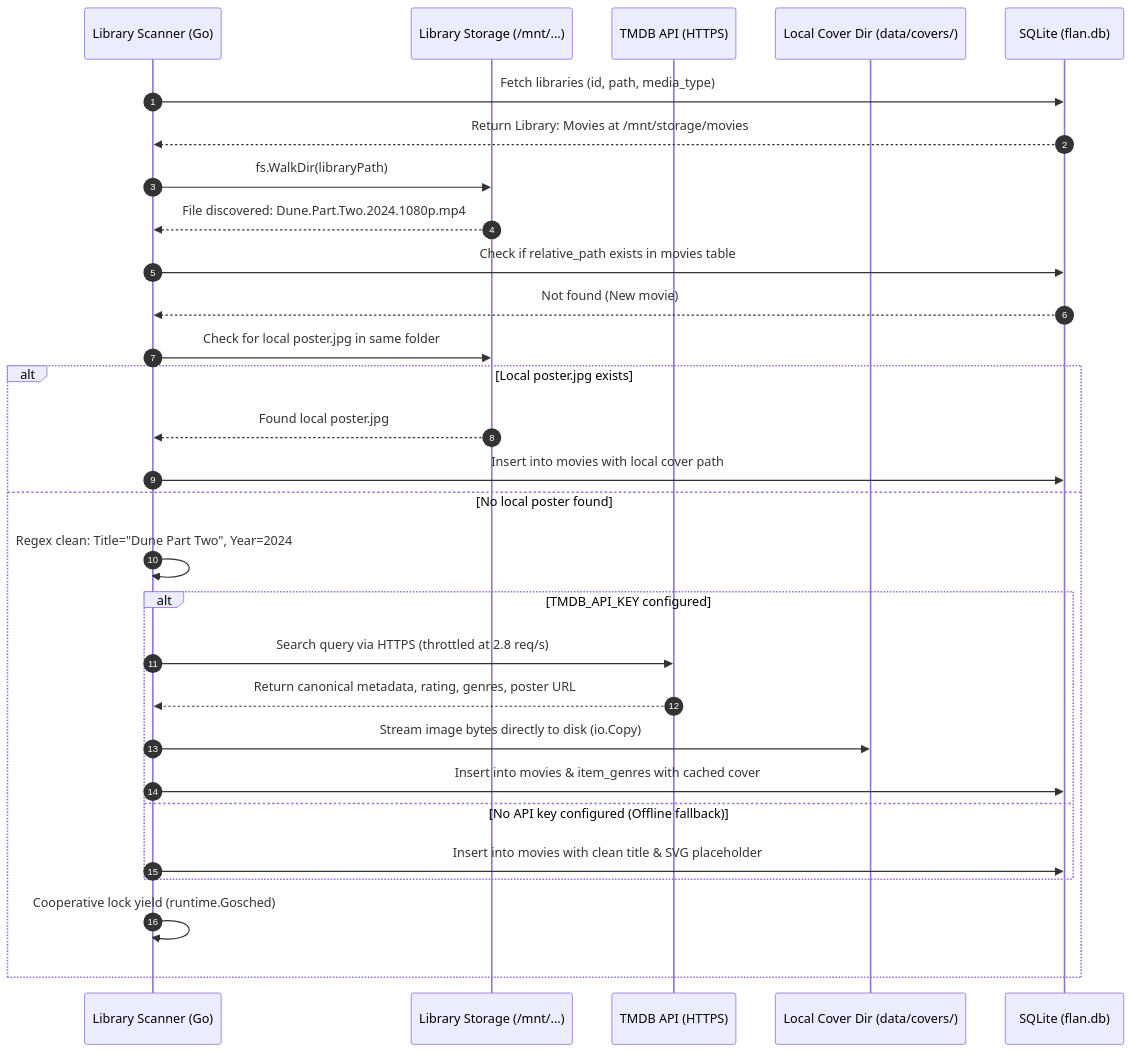
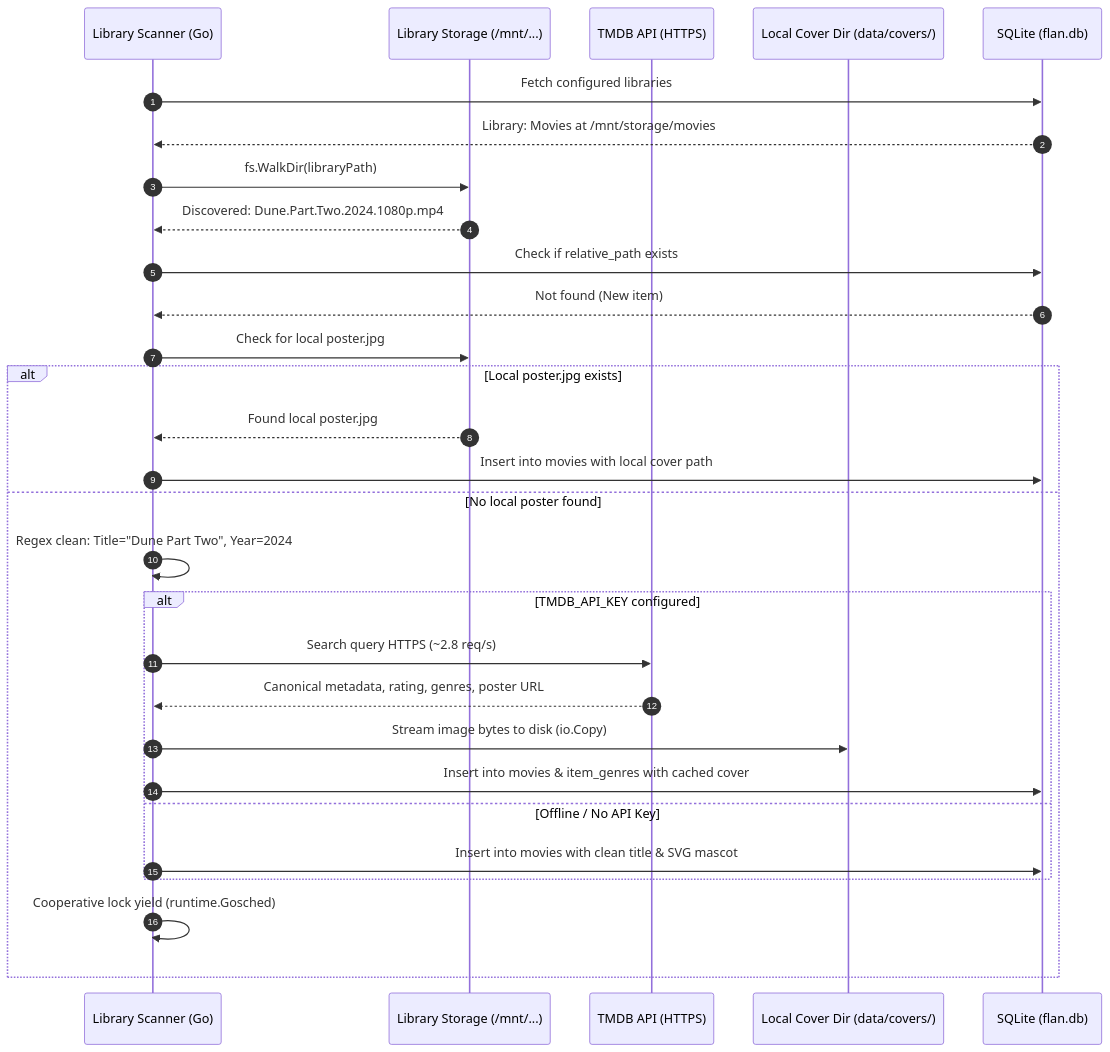
The fourth of 6 diagrams in docs/diagrams/data-flow.md (WesleyEsq/Flan-Media-Server), drawn with Mermaid before and after one commit. The commit also changed other lines of this file and 14 other files, not shown here.

````diff
--- a/docs/diagrams/data-flow.md
+++ b/docs/diagrams/data-flow.md
@@ -161,35 +131,32 @@
 ```mermaid
 sequenceDiagram
     autonumber
     participant Scanner as Library Scanner (Go)
     participant Disk as Library Storage (/mnt/...)
     participant TMDB as TMDB API (HTTPS)
     participant Covers as Local Cover Dir (data/covers/)
     participant DB as SQLite (flan.db)
 
-    Scanner->>DB: Fetch libraries (id, path, media_type)
-    DB-->>Scanner: Return Library: Movies at /mnt/storage/movies
-
+    Scanner->>DB: Fetch configured libraries
+    DB-->>Scanner: Library: Movies at /mnt/storage/movies
     Scanner->>Disk: fs.WalkDir(libraryPath)
-    Disk-->>Scanner: File discovered: Dune.Part.Two.2024.1080p.mp4
-
-    Scanner->>DB: Check if relative_path exists in movies table
-    DB-->>Scanner: Not found (New movie)
-
-    Scanner->>Disk: Check for local poster.jpg in same folder
+    Disk-->>Scanner: Discovered: Dune.Part.Two.2024.1080p.mp4
+    Scanner->>DB: Check if relative_path exists
+    DB-->>Scanner: Not found (New item)
+    Scanner->>Disk: Check for local poster.jpg
     alt Local poster.jpg exists
         Disk-->>Scanner: Found local poster.jpg
         Scanner->>DB: Insert into movies with local cover path
     else No local poster found
         Scanner->>Scanner: Regex clean: Title="Dune Part Two", Year=2024
         alt TMDB_API_KEY configured
-            Scanner->>TMDB: Search query via HTTPS (throttled at 2.8 req/s)
-            TMDB-->>Scanner: Return canonical metadata, rating, genres, poster URL
-            Scanner->>Covers: Stream image bytes directly to disk (io.Copy)
+            Scanner->>TMDB: Search query HTTPS (~2.8 req/s)
+            TMDB-->>Scanner: Canonical metadata, rating, genres, poster URL
+            Scanner->>Covers: Stream image bytes to disk (io.Copy)
             Scanner->>DB: Insert into movies & item_genres with cached cover
-        else No API key configured (Offline fallback)
-            Scanner->>DB: Insert into movies with clean title & SVG placeholder
+        else Offline / No API Key
+            Scanner->>DB: Insert into movies with clean title & SVG mascot
         end
         Scanner->>Scanner: Cooperative lock yield (runtime.Gosched)
     end
 ```
````
